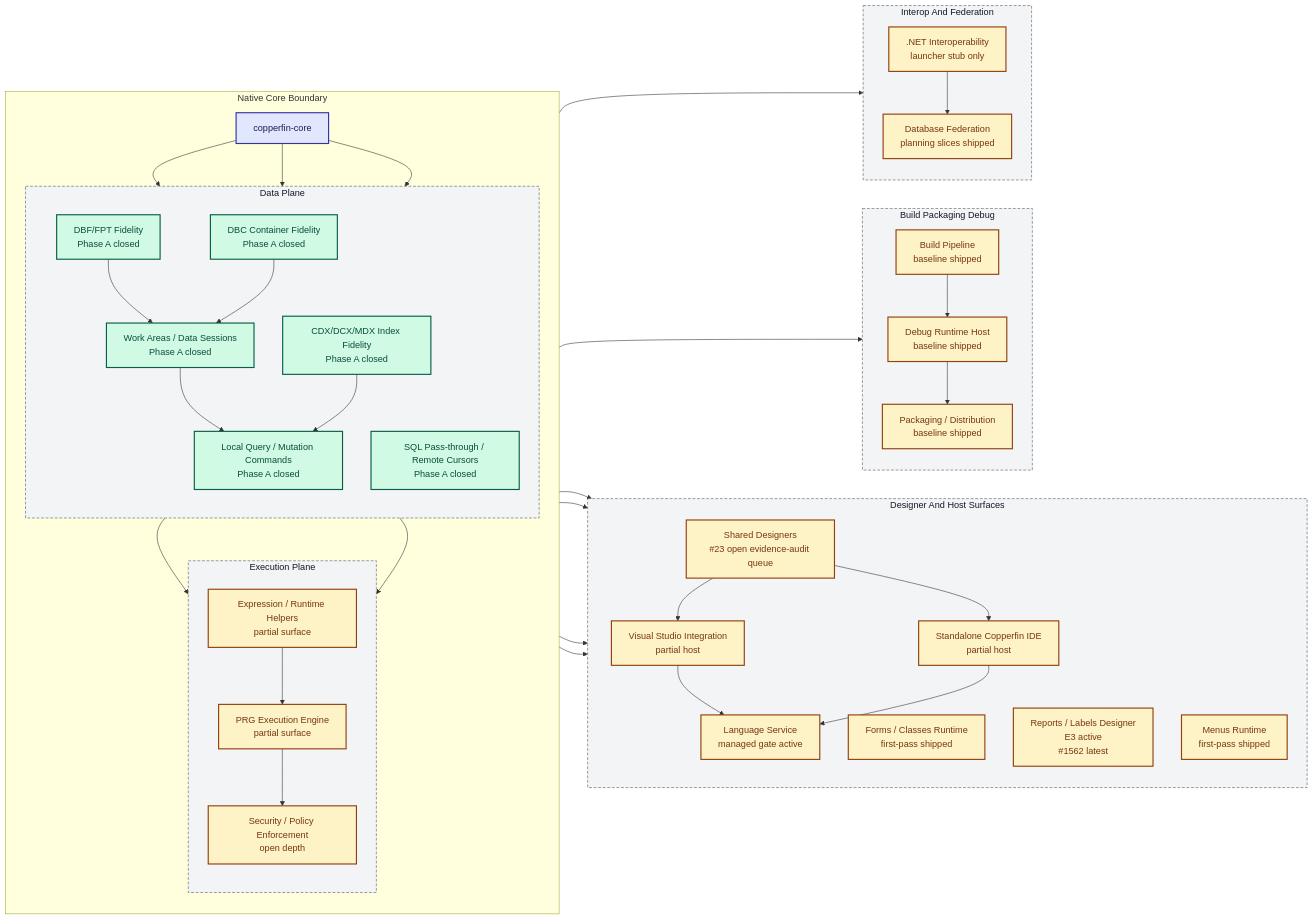
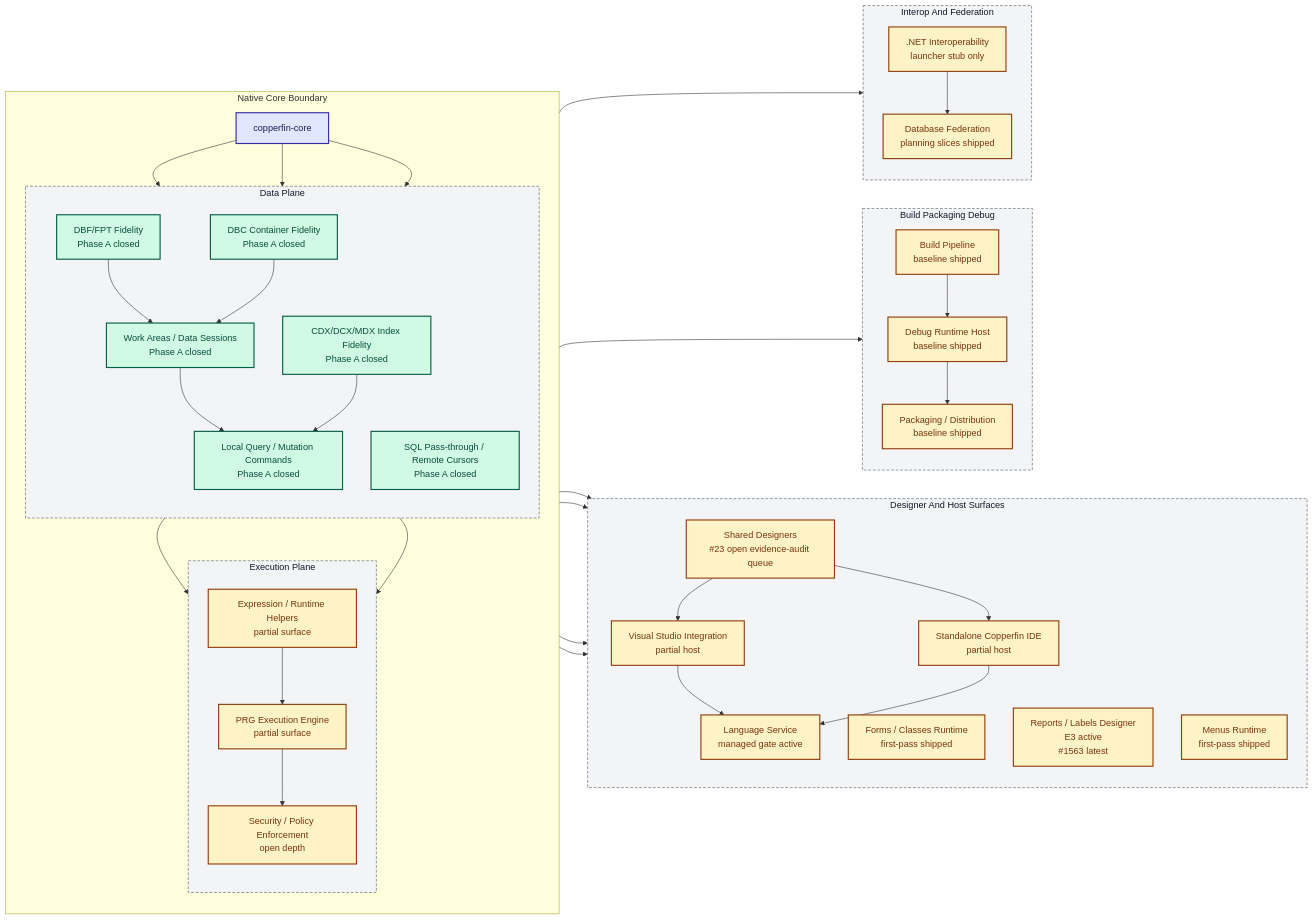
Before and after one commit to rhamenator/Project-Copperfin: the diagram in docs/02-architecture.md, drawn with Mermaid. The commit also changed 6 other files, not shown here.

```diff
--- a/docs/02-architecture.md
+++ b/docs/02-architecture.md
@@ -36,7 +36,7 @@
         direction TB
         DES["Shared Designers<br/>#23 open evidence-audit queue"]
         FORMS["Forms / Classes Runtime<br/>first-pass shipped"]
-        RPT["Reports / Labels Designer<br/>E3 active<br/>#1562 latest"]
+        RPT["Reports / Labels Designer<br/>E3 active<br/>#1563 latest"]
         MENU["Menus Runtime<br/>first-pass shipped"]
         VS["Visual Studio Integration<br/>partial host"]
         IDE["Standalone Copperfin IDE<br/>partial host"]
```
